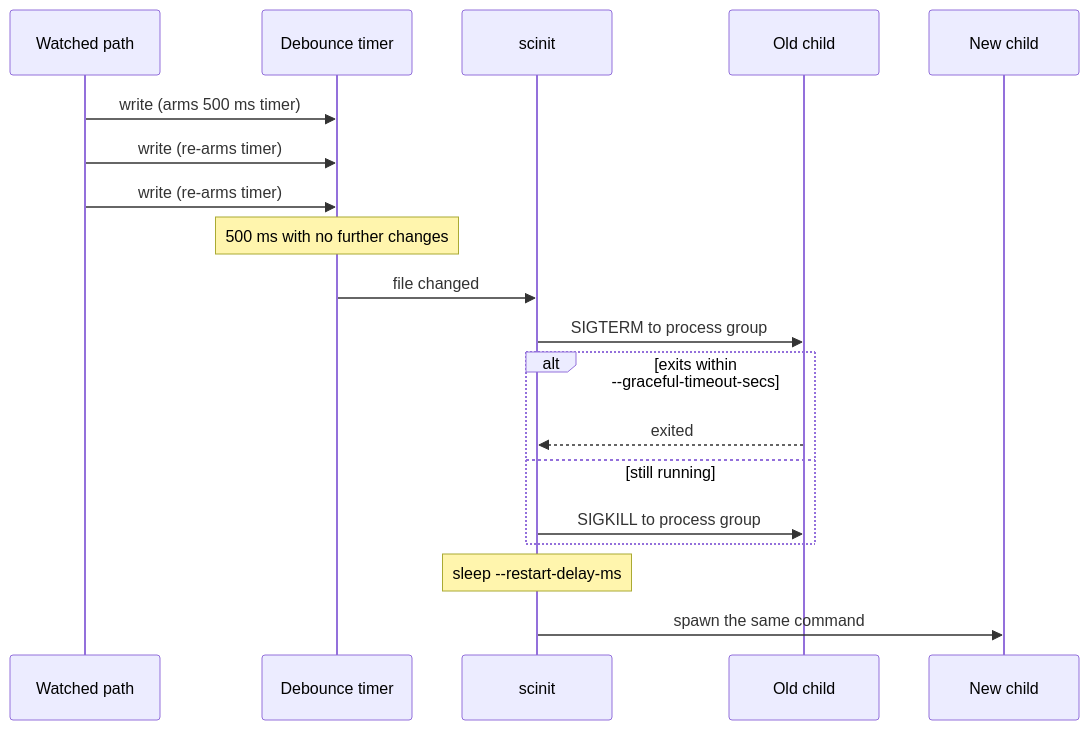
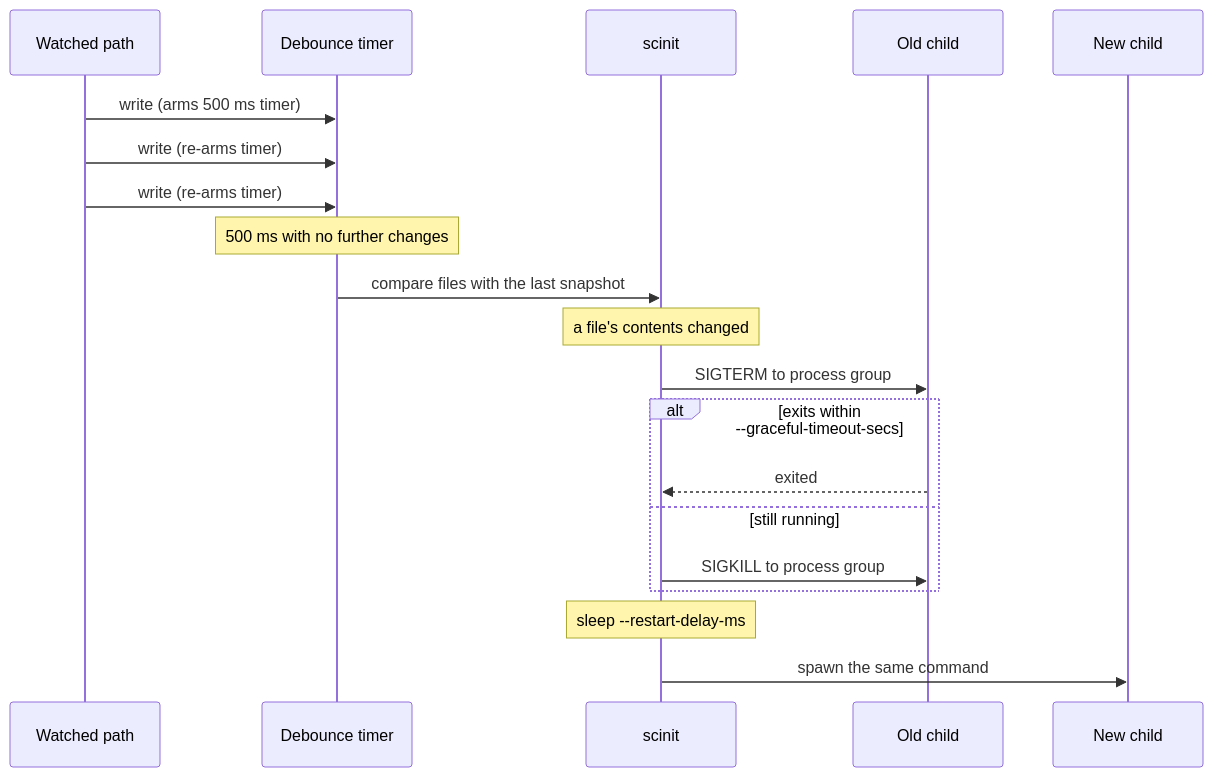
Before and after one commit to divoxx/scinit: the diagram in docs/guides/live-reload.md, drawn with Mermaid. The commit also changed other lines of this file and 3 other files, not shown here.

````diff
--- a/docs/guides/live-reload.md
+++ b/docs/guides/live-reload.md
@@ -17,22 +17,23 @@
 ```mermaid
 sequenceDiagram
     participant FS as Watched path
     participant W as Debounce timer
     participant S as scinit
     participant Old as Old child
     participant New as New child
 
     FS->>W: write (arms 500 ms timer)
     FS->>W: write (re-arms timer)
     FS->>W: write (re-arms timer)
     Note over W: 500 ms with no further changes
-    W->>S: file changed
+    W->>S: compare files with the last snapshot
+    Note over S: a file's contents changed
     S->>Old: SIGTERM to process group
     alt exits within --graceful-timeout-secs
         Old-->>S: exited
     else still running
         S->>Old: SIGKILL to process group
     end
     Note over S: sleep --restart-delay-ms
     S->>New: spawn the same command
 ```
````
